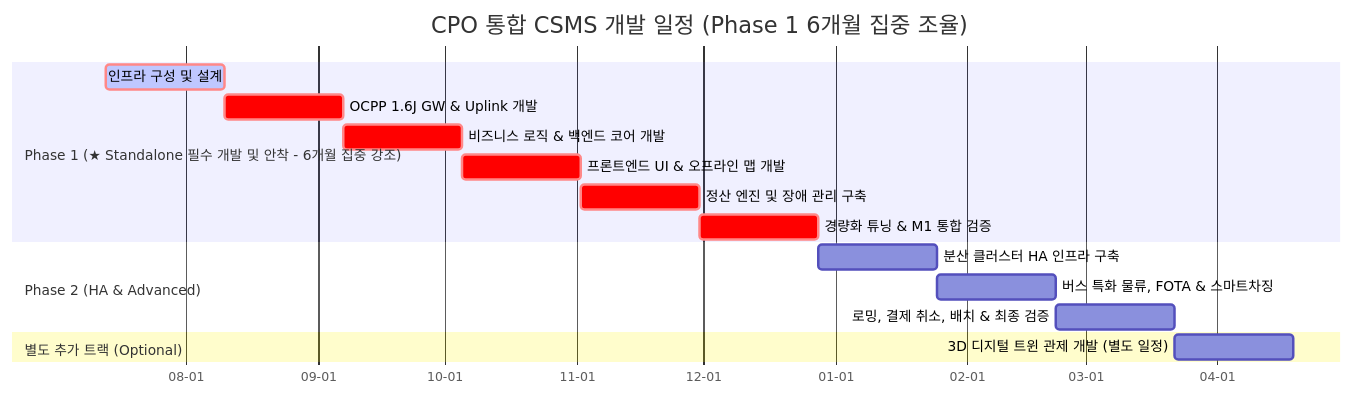
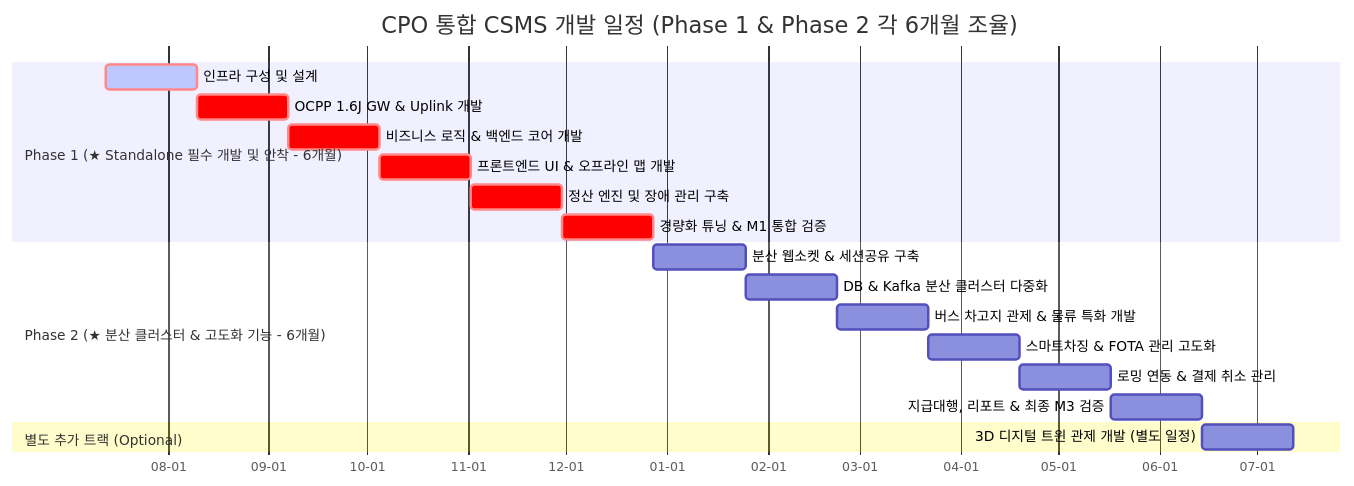
One commit to h2y-hyhong2/h2y-ocpp changed the diagram in doc/03.timeline.md. Above: the diagram before and after it, drawn with Mermaid. The commit also changed other lines of this file and 1 other file, not shown here.

Commit message:
docs: extend Phase 2 timeline to span 6 months (total 12 months roadmap)

````diff
--- a/doc/03.timeline.md
+++ b/doc/03.timeline.md
@@ -21,22 +21,25 @@
 ```mermaid
 gantt
-    title CPO 통합 CSMS 개발 일정 (Phase 1 6개월 집중 조율)
+    title CPO 통합 CSMS 개발 일정 (Phase 1 & Phase 2 각 6개월 조율)
     dateFormat  YYYY-MM-DD
     axisFormat  %m-%d
     
-    section Phase 1 (★ Standalone 필수 개발 및 안착 - 6개월 집중 강조)
+    section Phase 1 (★ Standalone 필수 개발 및 안착 - 6개월)
     인프라 구성 및 설계        :crit, active, p1_infra, 2026-07-13, 28d
     OCPP 1.6J GW & Uplink 개발   :crit, p1_gw, after p1_infra, 28d
     비즈니스 로직 & 백엔드 코어 개발 :crit, p1_biz, after p1_gw, 28d
     프론트엔드 UI & 오프라인 맵 개발 :crit, p1_fe, after p1_biz, 28d
     정산 엔진 및 장애 관리 구축    :crit, p1_twin, after p1_fe, 28d
     경량화 튜닝 & M1 통합 검증      :crit, p1_test, after p1_twin, 28d
     
-    section Phase 2 (HA & Advanced)
-    분산 클러스터 HA 인프라 구축    : p2_cluster, after p1_test, 28d
-    버스 특화 물류, FOTA & 스마트차징 : p2_bus, after p2_cluster, 28d
-    로밍, 결제 취소, 배치 & 최종 검증 : p2_roam, after p2_bus, 28d
+    section Phase 2 (★ 분산 클러스터 & 고도화 기능 - 6개월)
+    분산 웹소켓 & 세션공유 구축      : p2_infra, after p1_test, 28d
+    DB & Kafka 분산 클러스터 다중화 : p2_db, after p2_infra, 28d
+    버스 차고지 관제 & 물류 특화 개발  : p2_bus, after p2_db, 28d
+    스마트차징 & FOTA 관리 고도화   : p2_smart, after p2_bus, 28d
+    로밍 연동 & 결제 취소 관리      : p2_roam, after p2_smart, 28d
+    지급대행, 리포트 & 최종 M3 검증   : p2_final, after p2_roam, 28d
     
     section 별도 추가 트랙 (Optional)
-    3D 디지털 트윈 관제 개발 (별도 일정) : p3_twin, after p2_roam, 28d
+    3D 디지털 트윈 관제 개발 (별도 일정) : p3_twin, after p2_final, 28d
 ```
````
